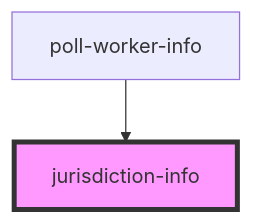
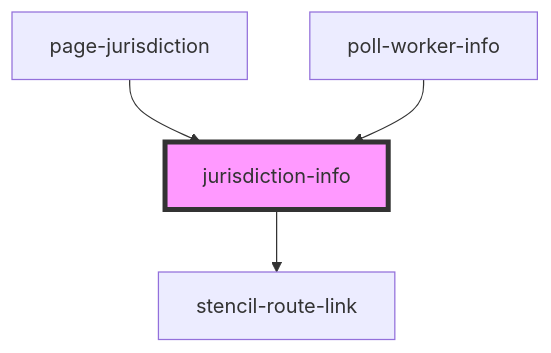
One commit to pizza-to-the-polls/power-the-polls changed the diagram in site/src/components/jurisdiction-info/readme.md. Above: the diagram before and after it, drawn with Mermaid. The commit also changed other lines of this file and 8 other files, not shown here.

````diff
--- a/site/src/components/jurisdiction-info/readme.md
+++ b/site/src/components/jurisdiction-info/readme.md
@@ -22,5 +27,7 @@
 ```mermaid
 graph TD;
+  jurisdiction-info --> stencil-route-link
+  page-jurisdiction --> jurisdiction-info
   poll-worker-info --> jurisdiction-info
   style jurisdiction-info fill:#f9f,stroke:#333,stroke-width:4px
 ```
````
